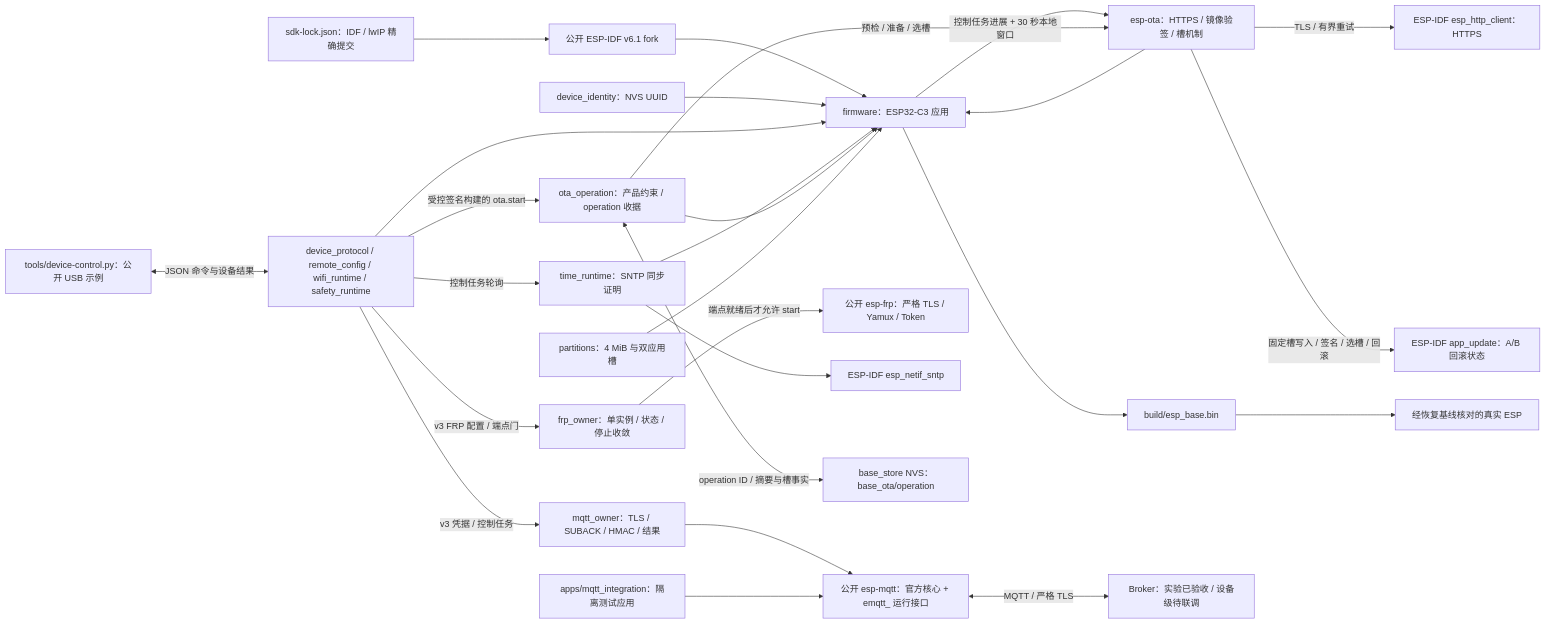
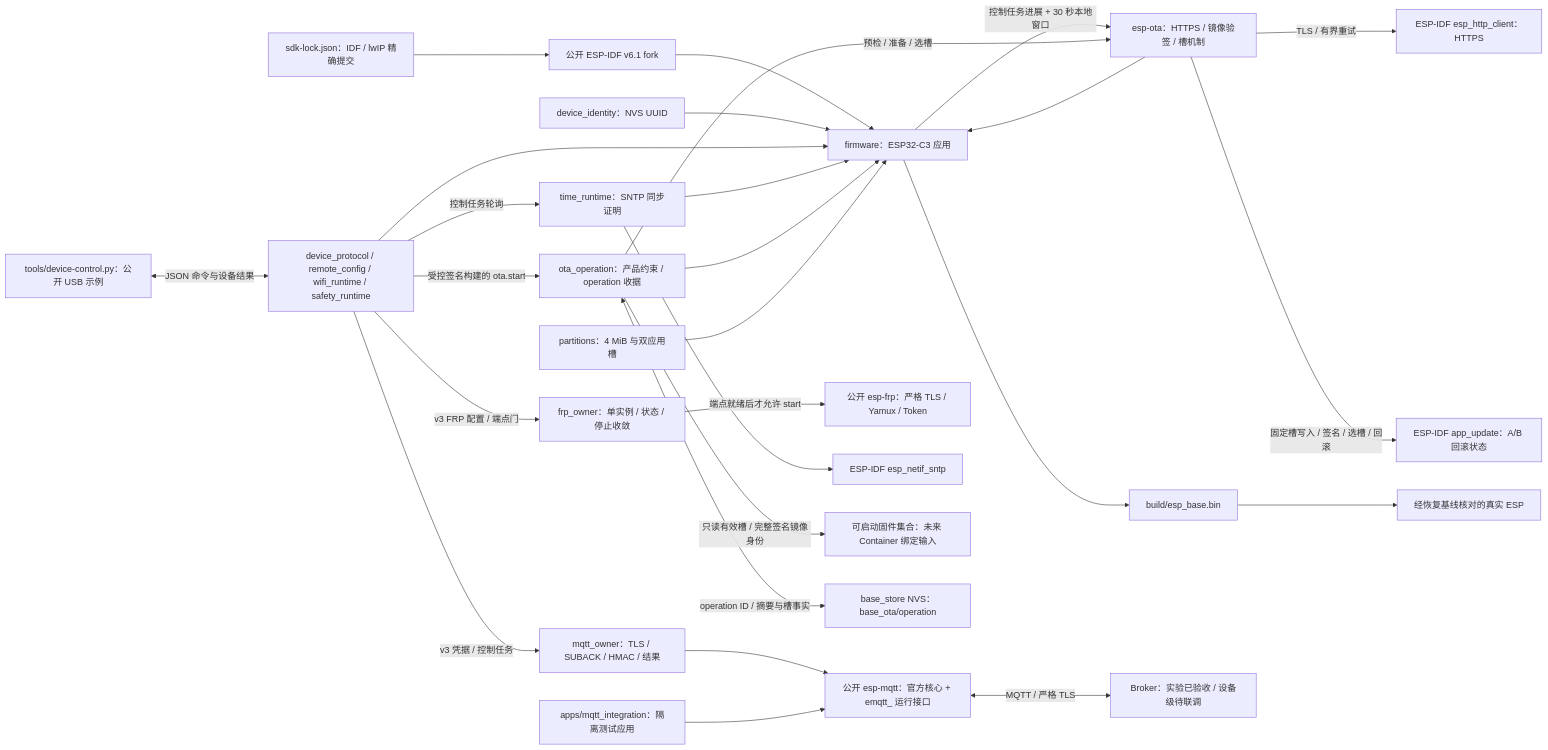
Before and after one commit to darren-you/esp-base: the diagram in README.md, drawn with Mermaid. The commit also changed other lines of this file and 10 other files, not shown here.

````diff
--- a/README.md
+++ b/README.md
@@ -7,28 +7,29 @@
 ```mermaid
 flowchart LR
     sdk_lock["sdk-lock.json：IDF / lwIP 精确提交"] --> sdk["公开 ESP-IDF v6.1 fork"]
     sdk --> firmware["firmware：ESP32-C3 应用"]
     identity["device_identity：NVS UUID"] --> firmware
     state["device_protocol / remote_config / wifi_runtime / safety_runtime"] --> firmware
     state -->|"v3 凭据 / 控制任务"| mqtt_owner["mqtt_owner：TLS / SUBACK / HMAC / 结果"]
     mqtt_owner --> mqtt
     state -->|"v3 FRP 配置 / 端点门"| frp_owner["frp_owner：单实例 / 状态 / 停止收敛"]
     frp_owner -->|"端点就绪后才允许 start"| frp["公开 esp-frp：严格 TLS / Yamux / Token"]
     time["time_runtime：SNTP 同步证明"] --> firmware
     state -->|"控制任务轮询"| time
     time --> idf_time["ESP-IDF esp_netif_sntp"]
     ota["esp-ota：HTTPS / 镜像验签 / 槽机制"] --> firmware
     receipt["ota_operation：产品约束 / operation 收据"] --> firmware
+    receipt -->|"只读有效槽 / 完整签名镜像身份"| image_set["可启动固件集合：未来 Container 绑定输入"]
     firmware -->|"控制任务进展 + 30 秒本地窗口"| ota
     state -->|"受控签名构建的 ota.start"| receipt
     receipt -->|"预检 / 准备 / 选槽"| ota
     ota -->|"TLS / 有界重试"| https["ESP-IDF esp_http_client：HTTPS"]
     ota -->|"固定槽写入 / 签名 / 选槽 / 回滚"| slot["ESP-IDF app_update：A/B 回滚状态"]
     receipt <-->|"operation ID / 摘要与槽事实"| nvs["base_store NVS：base_ota/operation"]
     layout["partitions：4 MiB 与双应用槽"] --> firmware
     host["tools/device-control.py：公开 USB 示例"] <-->|"JSON 命令与设备结果"| state
     firmware --> image["build/esp_base.bin"]
     lab["apps/mqtt_integration：隔离测试应用"] --> mqtt["公开 esp-mqtt：官方核心 + emqtt_ 运行接口"]
     mqtt <-->|"MQTT / 严格 TLS"| broker["Broker：实验已验收 / 设备级待联调"]
     image --> board["经恢复基线核对的真实 ESP"]
 ```
````
